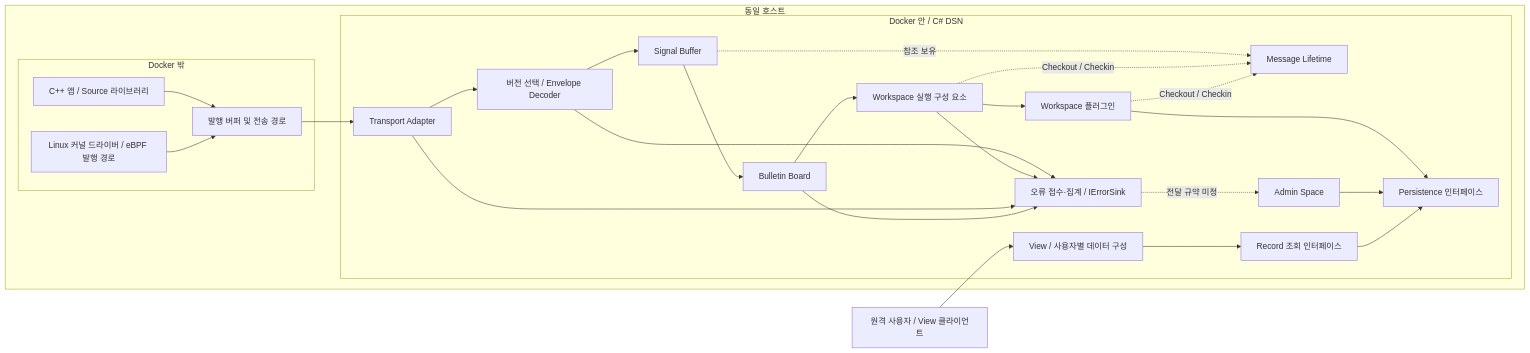
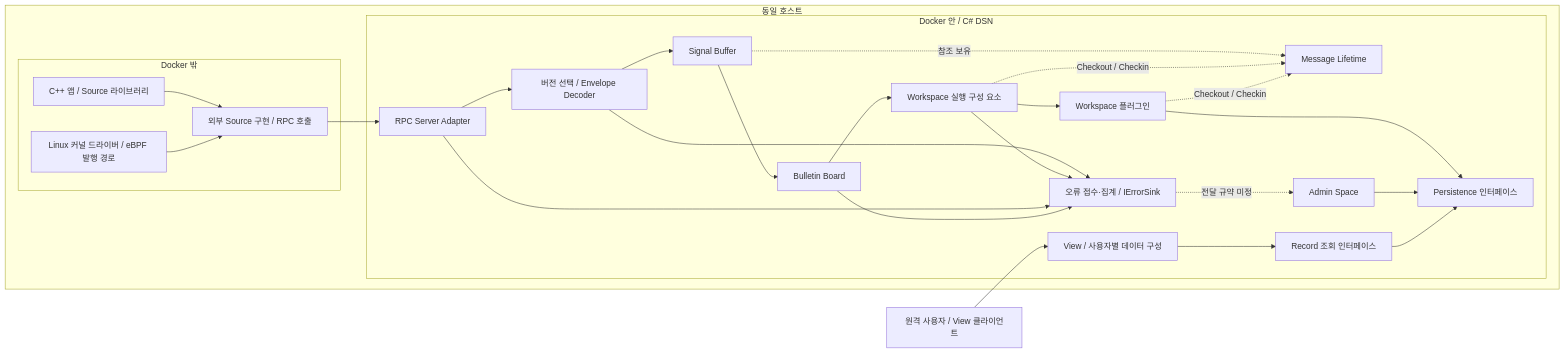
The diagram in docs/arch/01-architecture.md (south-hive/project-dsn), drawn with Mermaid before and after one commit. The commit also changed other lines of this file and 26 other files, not shown here.

````diff
--- a/docs/arch/01-architecture.md
+++ b/docs/arch/01-architecture.md
@@ -15,40 +17,40 @@
 ```mermaid
 flowchart LR
     subgraph Host[동일 호스트]
         subgraph Outside[Docker 밖]
             App[C++ 앱 / Source 라이브러리]
             Driver[Linux 커널 드라이버 / eBPF 발행 경로]
-            Transport[발행 버퍼 및 전송 경로]
+            Transport[외부 Source 구현 / RPC 호출]
             App --> Transport
             Driver --> Transport
         end
         subgraph Container[Docker 안 / C# DSN]
-            Ingress[Transport Adapter]
+            Ingress[RPC Server Adapter]
             Decoder[버전 선택 / Envelope Decoder]
             Buffer[Signal Buffer]
             Board[Bulletin Board]
             Execution[Workspace 실행 구성 요소]
             Workspaces[Workspace 플러그인]
             Lifetime[Message Lifetime]
             Admin[Admin Space]
             Errors[오류 접수·집계 / IErrorSink]
             Persistence[Persistence 인터페이스]
             Query[Record 조회 인터페이스]
             View[View / 사용자별 데이터 구성]
             Ingress --> Decoder --> Buffer --> Board --> Execution --> Workspaces
             Decoder --> Errors
             Execution --> Errors
             Buffer -. 참조 보유 .-> Lifetime
             Execution -. Checkout / Checkin .-> Lifetime
             Workspaces -. Checkout / Checkin .-> Lifetime
             Ingress --> Errors
             Board --> Errors
             Errors -. 전달 규약 미정 .-> Admin
             Workspaces --> Persistence
             Admin --> Persistence
             View --> Query --> Persistence
         end
         Transport --> Ingress
     end
     Remote[원격 사용자 / View 클라이언트] --> View
 ```
````
